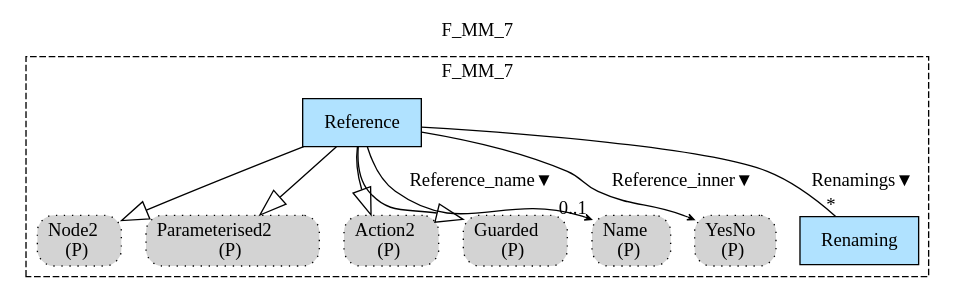
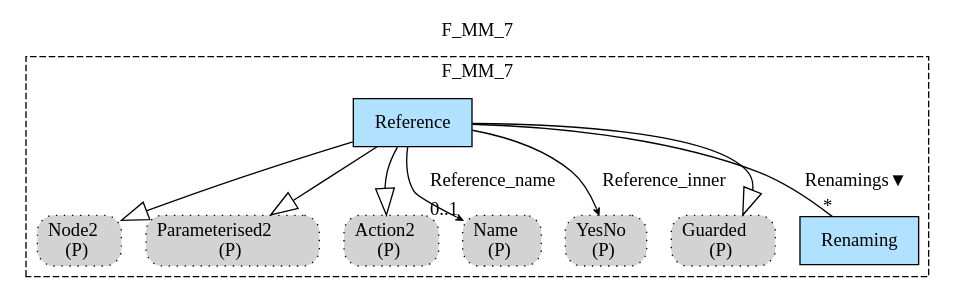
Before and after one commit to namalio/Fragmenta: the diagram in Haskell/PCs/MM/img/F_MM_7.gv, drawn with Graphviz. The commit also changed 157 other files, not shown here.

```diff
--- a/Haskell/PCs/MM/img/F_MM_7.gv
+++ b/Haskell/PCs/MM/img/F_MM_7.gv
@@ -1,27 +1,27 @@
 digraph {graph[label=F_MM_7,labelloc=tl,labelfontsize=12];
 subgraph cluster_F_MM_7{style=dashed;label=F_MM_7;
 "PNode2"[shape=box,fillcolor=lightgray,style ="rounded,filled,dotted",label=<Node2<br/>(P)>];
 "PParameterised2"[shape=box,fillcolor=lightgray,style ="rounded,filled,dotted",label=<Parameterised2<br/>(P)>];
 "PAction2"[shape=box,fillcolor=lightgray,style ="rounded,filled,dotted",label=<Action2<br/>(P)>];
-"PGuarded"[shape=box,fillcolor=lightgray,style ="rounded,filled,dotted",label=<Guarded<br/>(P)>];
 "PName"[shape=box,fillcolor=lightgray,style ="rounded,filled,dotted",label=<Name<br/>(P)>];
 "PYesNo"[shape=box,fillcolor=lightgray,style ="rounded,filled,dotted",label=<YesNo<br/>(P)>];
+"PGuarded"[shape=box,fillcolor=lightgray,style ="rounded,filled,dotted",label=<Guarded<br/>(P)>];
 "Reference"[shape=record,fillcolor=lightskyblue1,style = filled,label="Reference"];
 "Renaming"[shape=record,fillcolor=lightskyblue1,style = filled,label="Renaming"];
 
 "Reference"->"PNode2"[arrowhead=onormal,arrowsize=2.0];
 "Reference"->"PParameterised2"[arrowhead=onormal,arrowsize=2.0];
 "Reference"->"PAction2"[arrowhead=onormal,arrowsize=2.0];
 "Reference"->"PGuarded"[arrowhead=onormal,arrowsize=2.0];
-"Reference"->"PName"[label="Reference_name▼",arrowhead=vee,headlabel="0..1",arrowsize=.5];
-"Reference"->"PYesNo"[label="Reference_inner▼",arrowhead=vee,headlabel="",arrowsize=.5];
+"Reference"->"PName"[label="Reference_name",arrowhead=vee,headlabel="0..1",arrowsize=.5];
+"Reference"->"PYesNo"[label="Reference_inner",arrowhead=vee,headlabel="",arrowsize=.5];
 "Reference"->"Renaming"[label="Renamings▼",dir=none,taillabel="",headlabel="*"];
 
 }
 
 
 
 
 
 
 }
```
